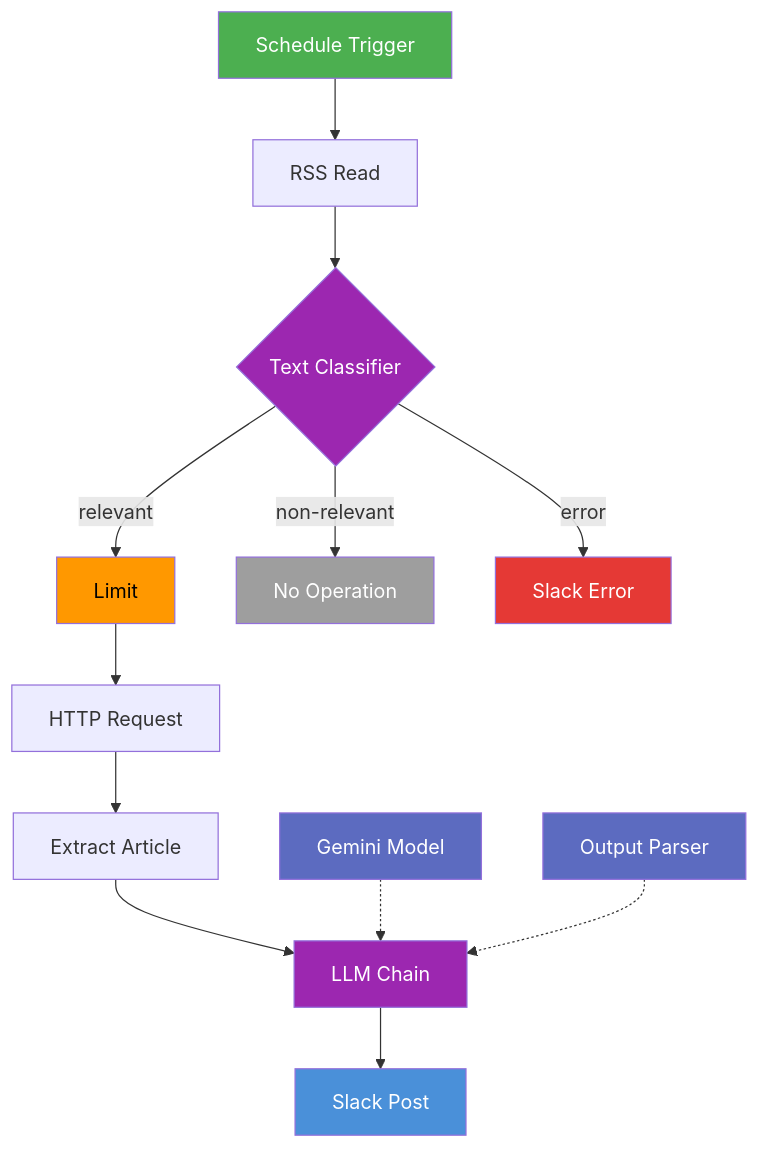
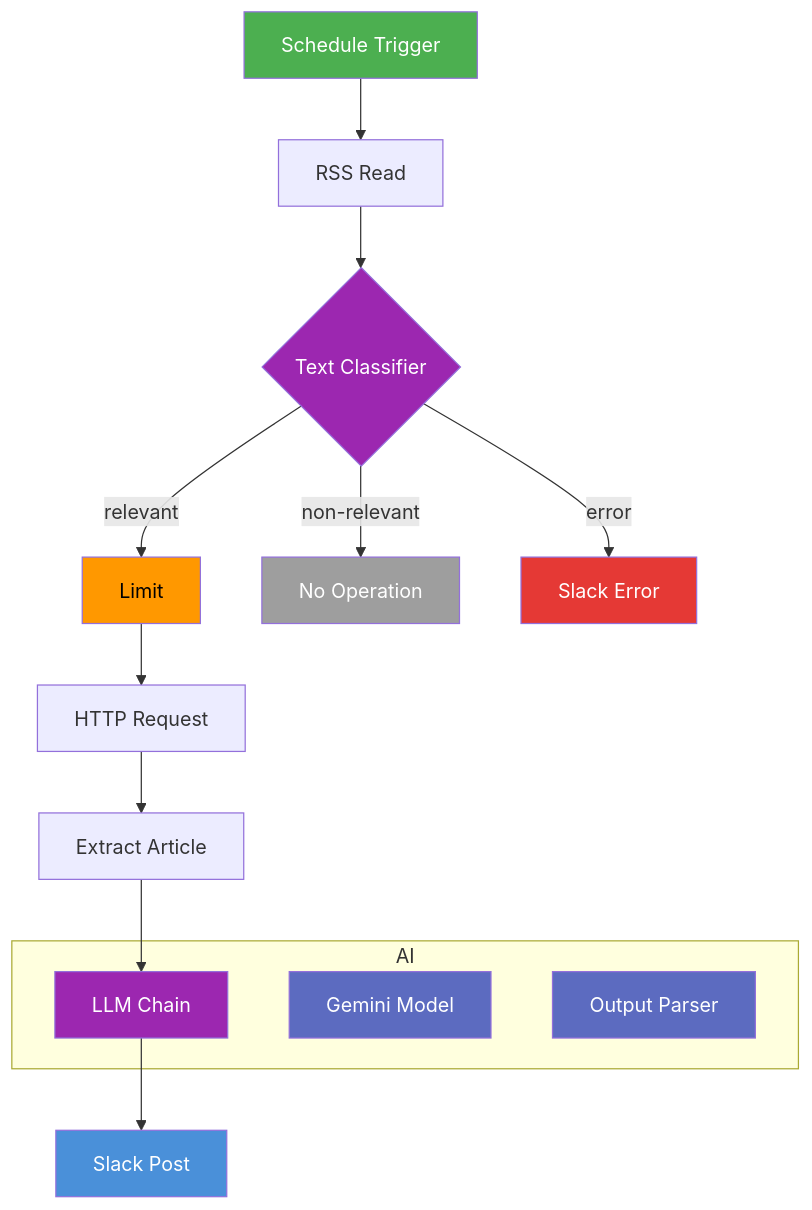
The diagram in 修正前/README.md (takumiwork-n8n/X_present_post_workflow), drawn with Mermaid before and after one commit. The commit also changed 7 other files, not shown here.

Commit message:
fix: replace dotted edges with subgraph for GitHub mermaid compat

````diff
--- a/修正前/README.md
+++ b/修正前/README.md
@@ -44,23 +44,26 @@
 ```mermaid
 flowchart TD
     A[Schedule Trigger] --> B[RSS Read]
     B --> C{Text Classifier}
     C -->|relevant| D[Limit]
     C -->|non-relevant| E[No Operation]
     C -->|error| F[Slack Error]
     D --> G[HTTP Request]
     G --> H[Extract Article]
     H --> I[LLM Chain]
     I --> J[Slack Post]
-    K[Gemini Model] -.-> I
-    L[Output Parser] -.-> I
+    subgraph AI
+        I
+        K[Gemini Model]
+        L[Output Parser]
+    end
     style A fill:#4CAF50,color:#fff
     style J fill:#4A90D9,color:#fff
     style F fill:#E53935,color:#fff
     style E fill:#9E9E9E,color:#fff
     style D fill:#FF9800,color:#000
     style C fill:#9C27B0,color:#fff
     style I fill:#9C27B0,color:#fff
     style K fill:#5c6bc0,color:#fff
     style L fill:#5c6bc0,color:#fff
 ```
````
